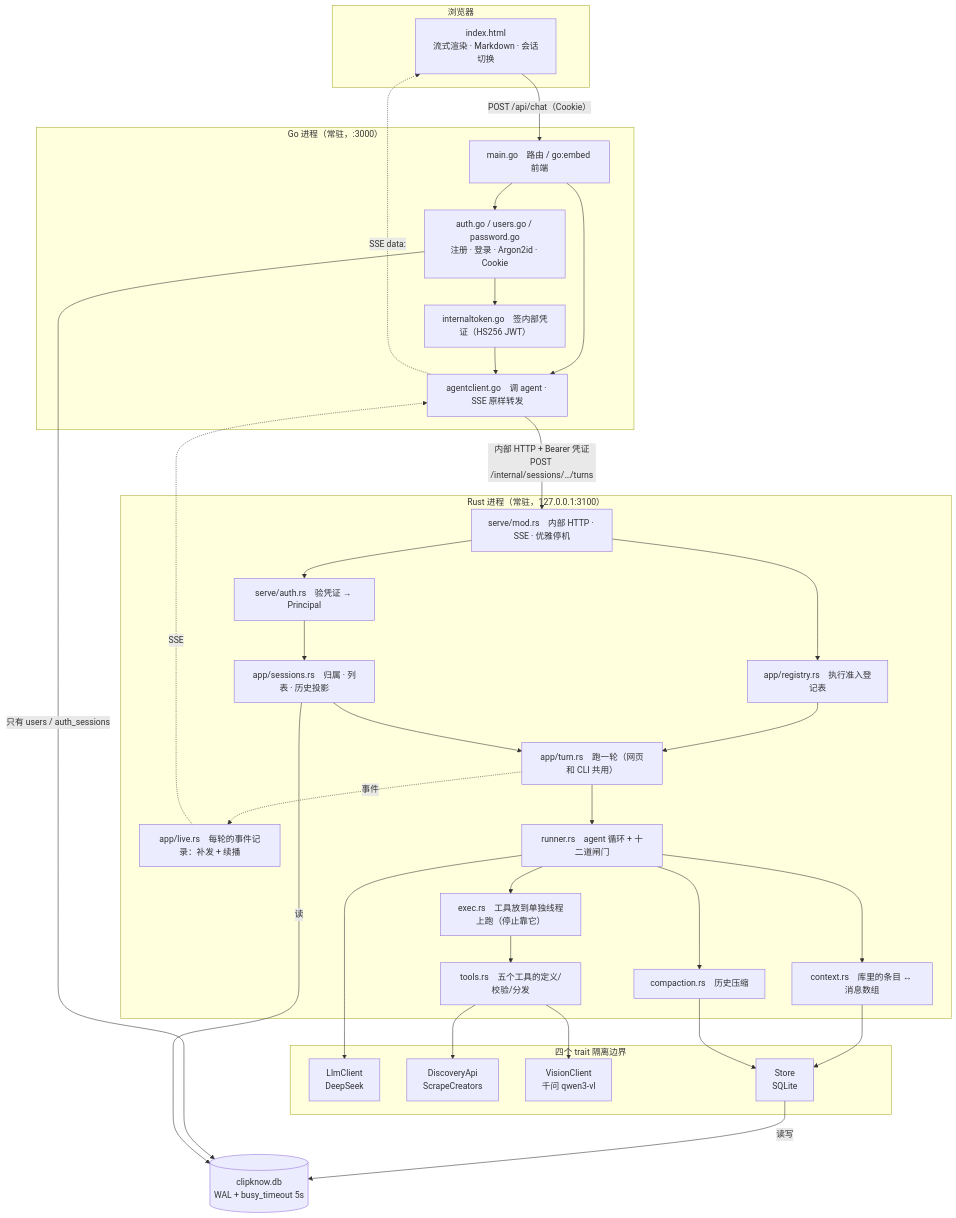
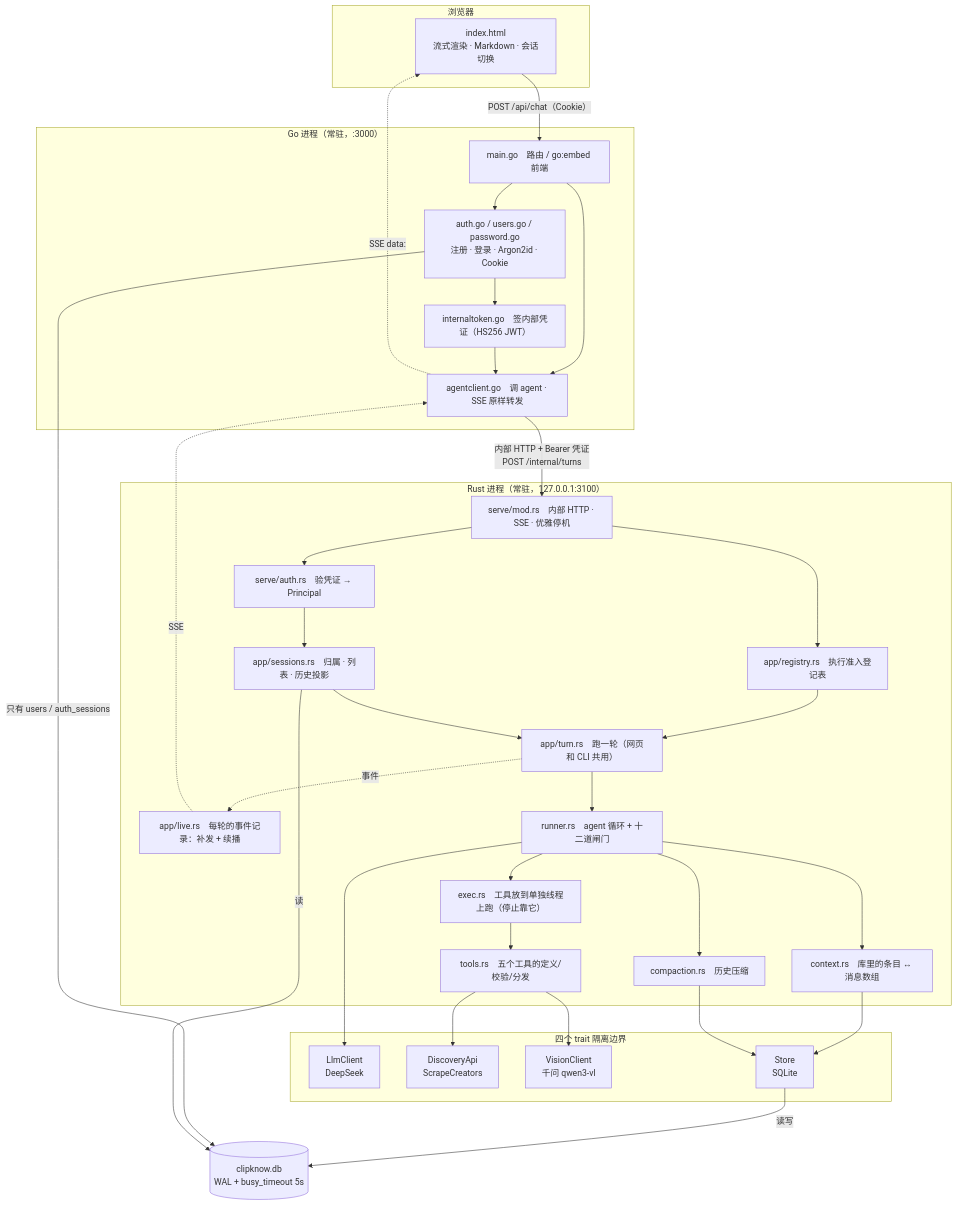
Before and after one commit to hzroww/ClipKnow: the diagram in README.md, drawn with Mermaid. The commit also changed other lines of this file and 1 other file, not shown here.

````diff
--- a/README.md
+++ b/README.md
@@ -25,64 +25,64 @@
 ```mermaid
 flowchart TB
     subgraph B["浏览器"]
         UI["index.html<br/>流式渲染 · Markdown · 会话切换"]
     end
 
     subgraph G["Go 进程（常驻，:3000）"]
         RT["main.go　路由 / go:embed 前端"]
         AU["auth.go / users.go / password.go<br/>注册 · 登录 · Argon2id · Cookie"]
         TK["internaltoken.go　签内部凭证（HS256 JWT）"]
         AG["agentclient.go　调 agent · SSE 原样转发"]
     end
 
     subgraph R["Rust 进程（常驻，127.0.0.1:3100）"]
         HT["serve/mod.rs　内部 HTTP · SSE · 优雅停机"]
         VF["serve/auth.rs　验凭证 → Principal"]
         SK["app/live.rs　每轮的事件记录：补发 + 续播"]
         AP["app/sessions.rs　归属 · 列表 · 历史投影"]
         RG["app/registry.rs　执行准入登记表"]
         TU["app/turn.rs　跑一轮（网页和 CLI 共用）"]
         RU["runner.rs　agent 循环 + 十二道闸门"]
         EX["exec.rs　工具放到单独线程上跑（停止靠它）"]
         CO["compaction.rs　历史压缩"]
         TO["tools.rs　五个工具的定义/校验/分发"]
         CX["context.rs　库里的条目 ↔ 消息数组"]
     end
 
     subgraph X["四个 trait 隔离边界"]
         LL["LlmClient<br/>DeepSeek"]
         DA["DiscoveryApi<br/>ScrapeCreators"]
         VC["VisionClient<br/>千问 qwen3-vl"]
         SS["Store<br/>SQLite"]
     end
 
     DB[("clipknow.db<br/>WAL + busy_timeout 5s")]
 
     UI -- "POST /api/chat（Cookie）" --> RT
     RT --> AU
     RT --> AG
     AU --> TK
     TK --> AG
-    AG -- "内部 HTTP + Bearer 凭证<br/>POST /internal/sessions/…/turns" --> HT
+    AG -- "内部 HTTP + Bearer 凭证<br/>POST /internal/turns" --> HT
     HT --> VF
     VF --> AP
     HT --> RG
     RG --> TU
     AP --> TU
     TU --> RU
     RU --> CO
     RU --> EX
     EX --> TO
     RU --> CX
     RU --> LL
     TO --> DA
     TO --> VC
     CX --> SS
     CO --> SS
     TU -. "事件" .-> SK
     SK -. "SSE" .-> AG
     AG -. "SSE data:" .-> UI
     SS -- 读写 --> DB
     AU -- "只有 users / auth_sessions" --> DB
     AP -- 读 --> DB
 ```
````
